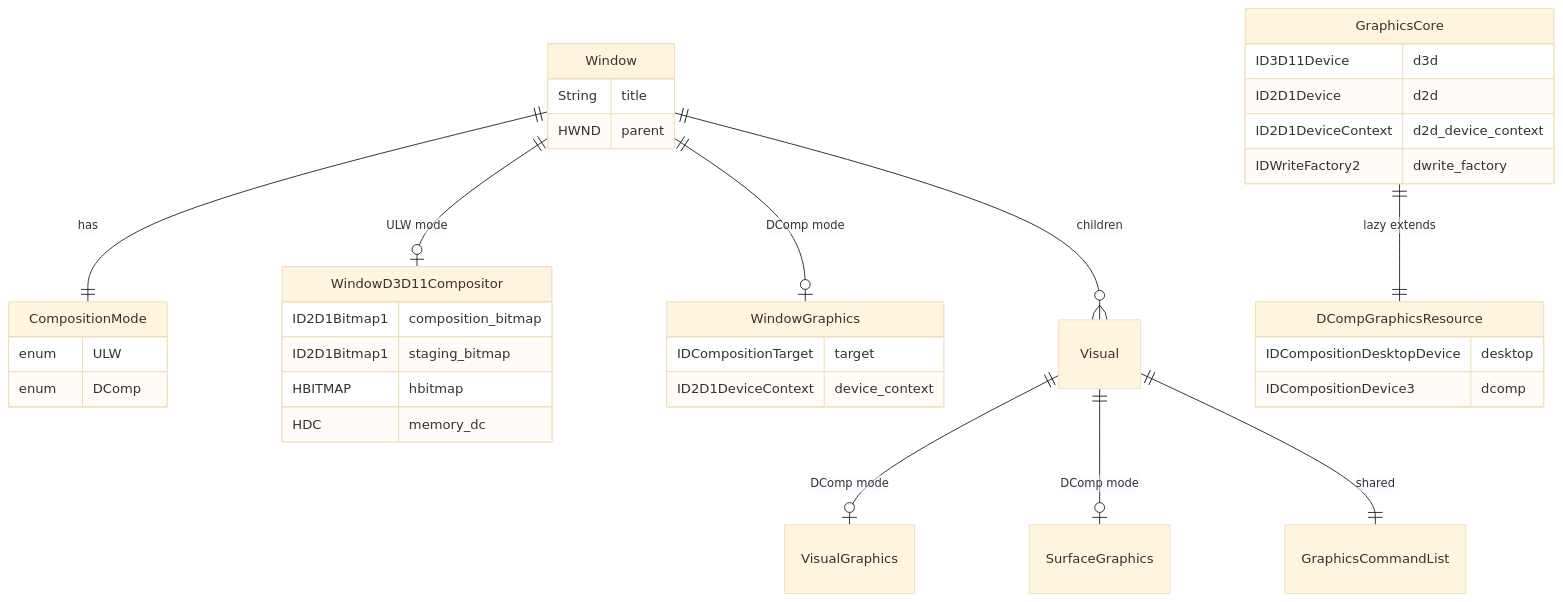
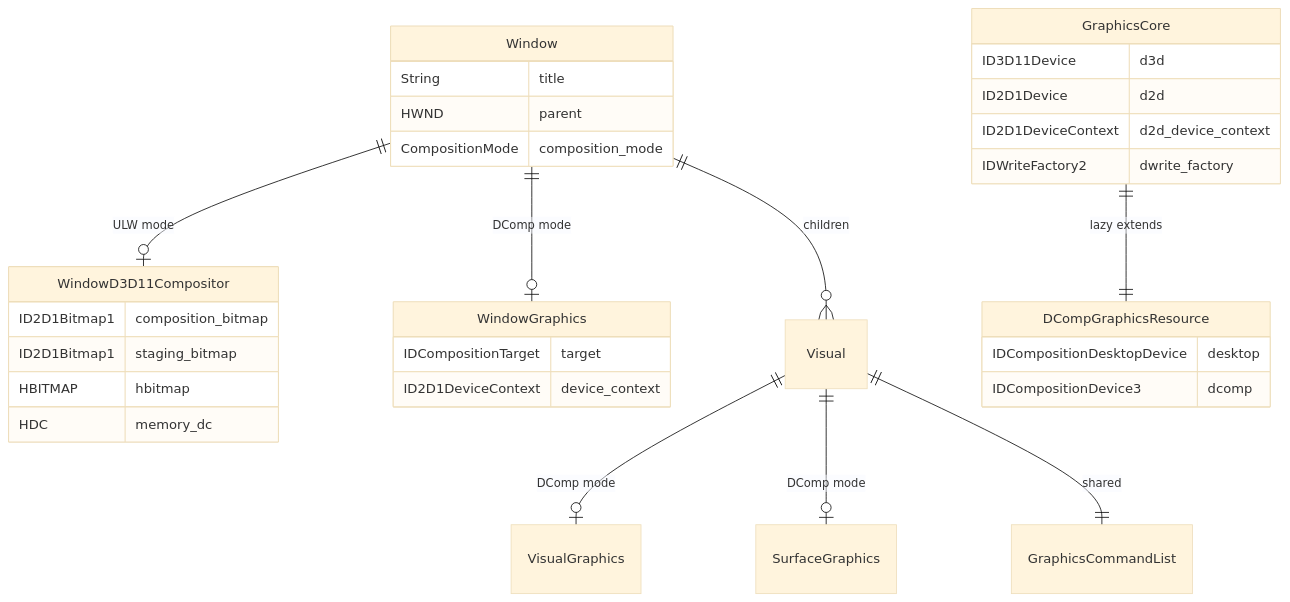
Before and after one commit to ekicyou/areka: the fifth of 5 diagrams in .kiro/specs/wintf-dcomp-migration-4-switchable-backend/design.md, drawn with Mermaid (base theme). The commit also changed other lines of this file, not shown here.

First line of the commit message:
refactor(spec): CompositionModeをWindowフィールドへ設計変更

````diff
--- a/.kiro/specs/wintf-dcomp-migration-4-switchable-backend/design.md
+++ b/.kiro/specs/wintf-dcomp-migration-4-switchable-backend/design.md
@@ -565,40 +591,36 @@
 ```mermaid
 erDiagram
-    Window ||--|| CompositionMode : "has"
     Window ||--o| WindowD3D11Compositor : "ULW mode"
     Window ||--o| WindowGraphics : "DComp mode"
     Window ||--o{ Visual : "children"
     Visual ||--o| VisualGraphics : "DComp mode"
     Visual ||--o| SurfaceGraphics : "DComp mode"
     Visual ||--|| GraphicsCommandList : "shared"
     GraphicsCore ||--|| DCompGraphicsResource : "lazy extends"
 
     Window {
         String title
         HWND parent
-    }
-    CompositionMode {
-        enum ULW
-        enum DComp
+        CompositionMode composition_mode
     }
     WindowD3D11Compositor {
         ID2D1Bitmap1 composition_bitmap
         ID2D1Bitmap1 staging_bitmap
         HBITMAP hbitmap
         HDC memory_dc
     }
     WindowGraphics {
         IDCompositionTarget target
         ID2D1DeviceContext device_context
     }
     GraphicsCore {
         ID3D11Device d3d
         ID2D1Device d2d
         ID2D1DeviceContext d2d_device_context
         IDWriteFactory2 dwrite_factory
     }
     DCompGraphicsResource {
         IDCompositionDesktopDevice desktop
         IDCompositionDevice3 dcomp
     }
 ```
````
